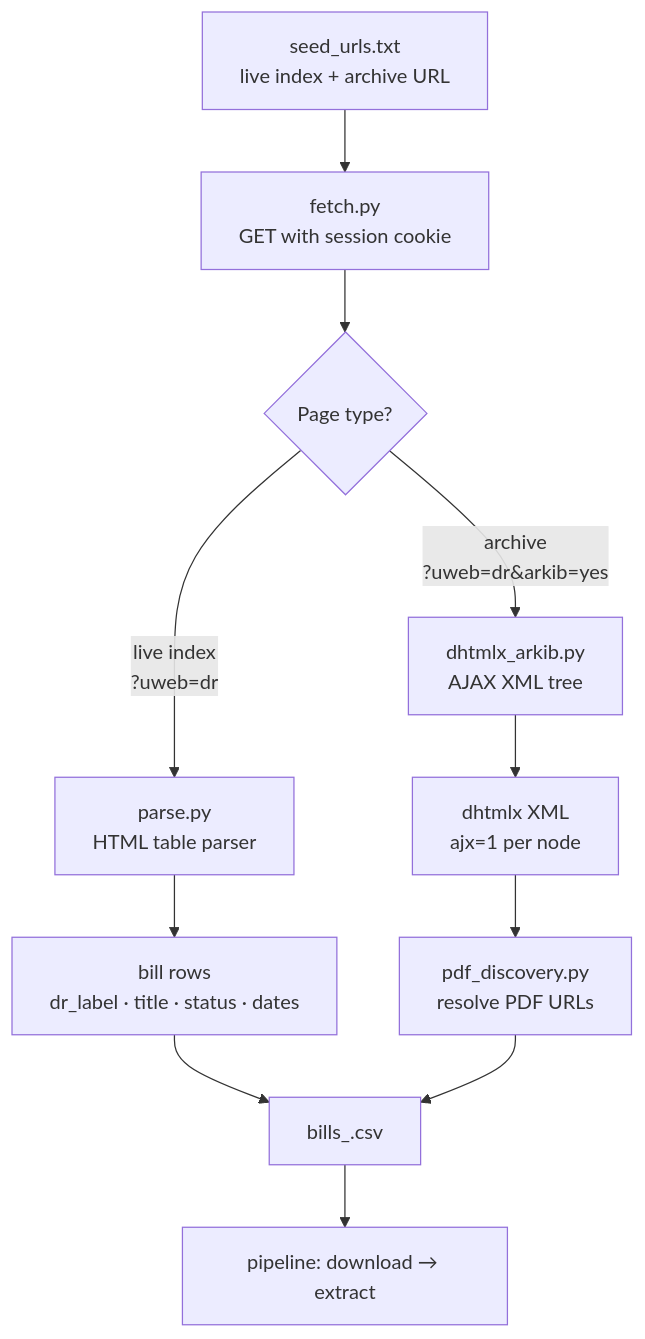
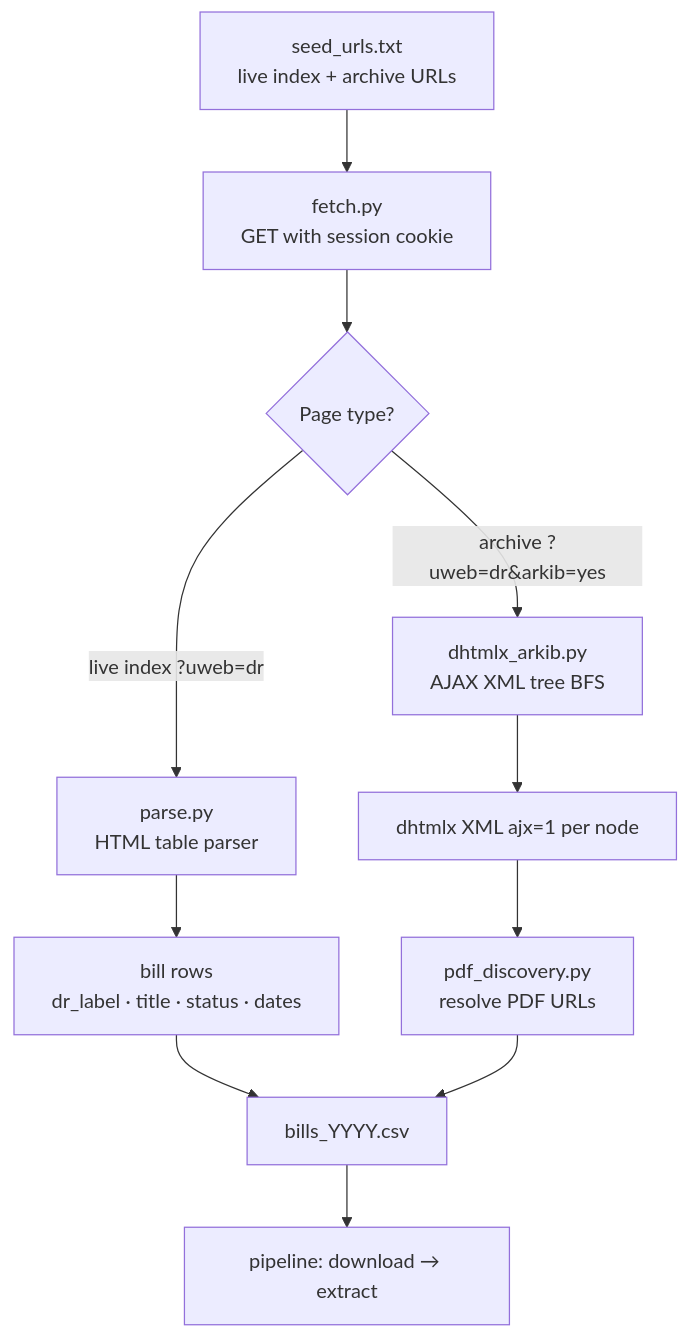
Before and after one commit to q3dresearch/parawl: the first of 2 diagrams in docs/sources/my/parliament.md, drawn with Mermaid. The commit also changed other lines of this file and 14 other files, not shown here.

````diff
--- a/docs/sources/my/parliament.md
+++ b/docs/sources/my/parliament.md
@@ -25,13 +31,13 @@
 ```mermaid
 graph TD
-  A[seed_urls.txt<br/>live index + archive URL] --> B[fetch.py<br/>GET with session cookie]
+  A[seed_urls.txt<br/>live index + archive URLs] --> B[fetch.py<br/>GET with session cookie]
   B --> C{Page type?}
-  C -->|live index<br/>?uweb=dr| D[parse.py<br/>HTML table parser]
-  C -->|archive<br/>?uweb=dr&arkib=yes| E[dhtmlx_arkib.py<br/>AJAX XML tree]
+  C -->|live index ?uweb=dr| D[parse.py<br/>HTML table parser]
+  C -->|archive ?uweb=dr&arkib=yes| E[dhtmlx_arkib.py<br/>AJAX XML tree BFS]
   D --> F[bill rows<br/>dr_label · title · status · dates]
-  E --> G[dhtmlx XML<br/>ajx=1 per node]
+  E --> G[dhtmlx XML ajx=1 per node]
   G --> H[pdf_discovery.py<br/>resolve PDF URLs]
-  F --> I[bills_<year>.csv]
+  F --> I[bills_YYYY.csv]
   H --> I
   I --> J[pipeline: download → extract]
 ```
````
